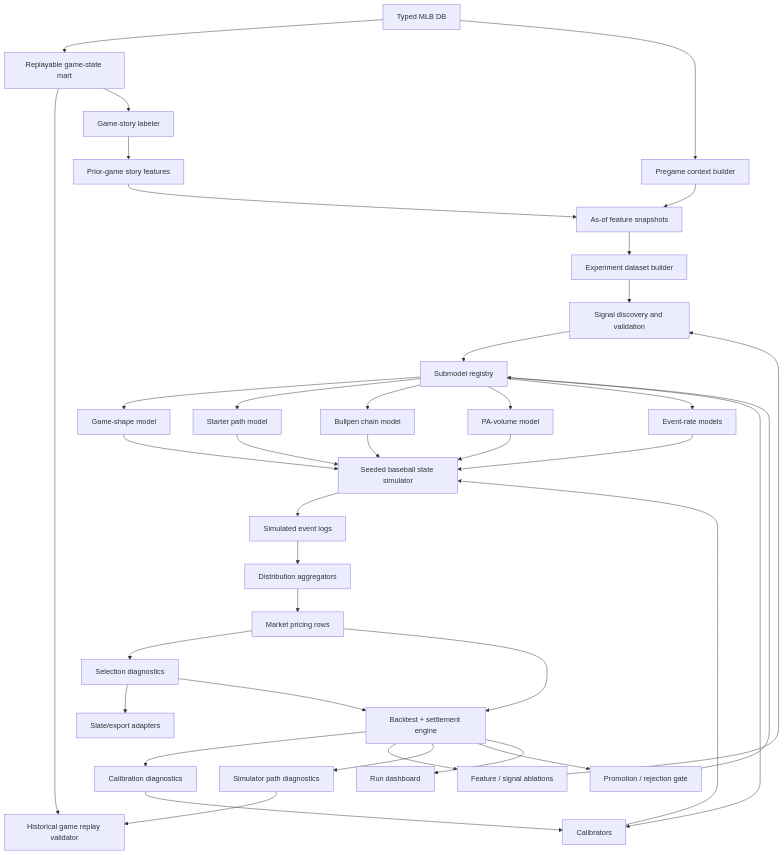
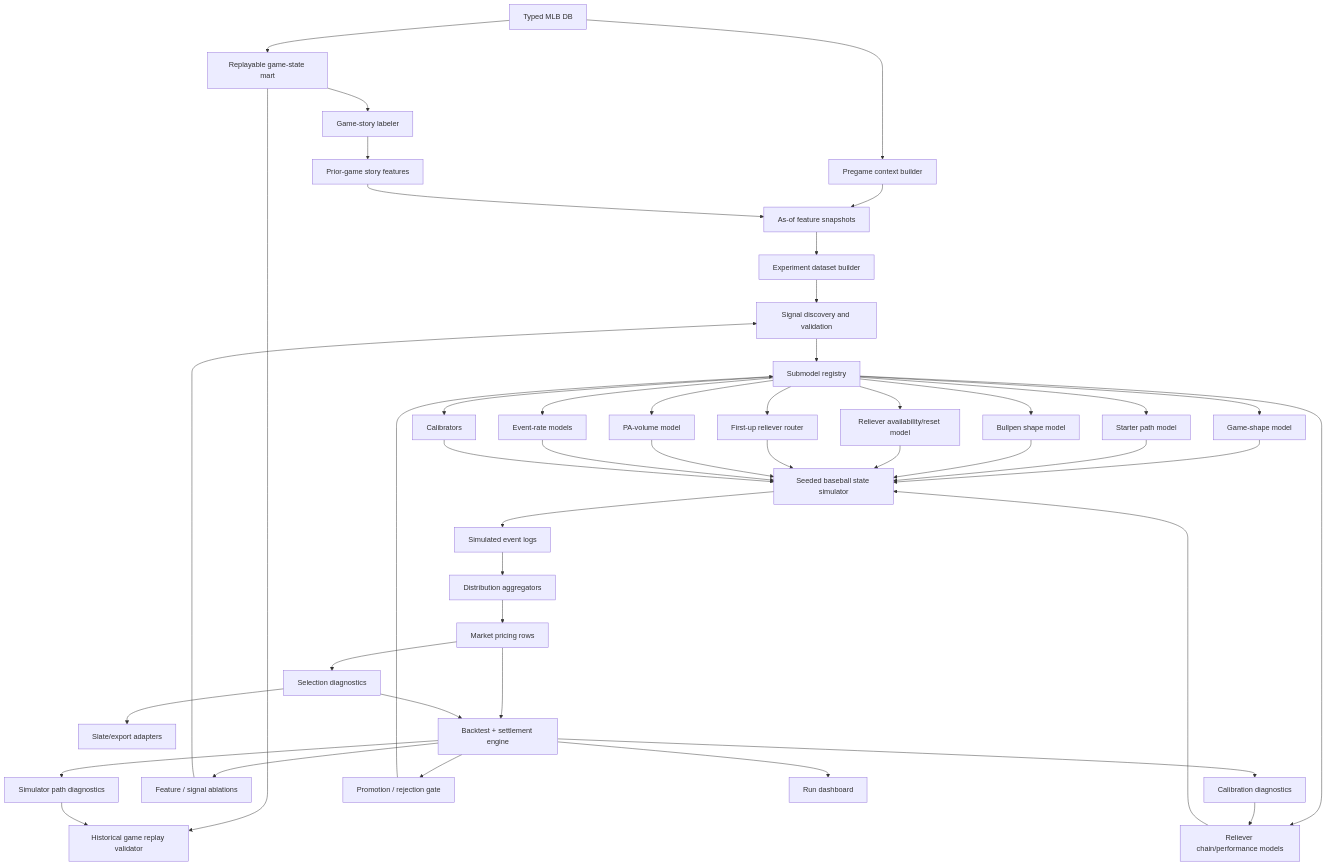
One commit to jiancchen/SlateAi changed the first of 3 diagrams in research-m3/alpha-design.md. Above: the diagram before and after it, drawn with Mermaid. The commit also changed other lines of this file and 3 other files, not shown here.

````diff
--- a/research-m3/alpha-design.md
+++ b/research-m3/alpha-design.md
@@ -49,48 +52,54 @@
 ```mermaid
 flowchart TD
   A["Typed MLB DB"] --> B["Replayable game-state mart"]
   B --> C["Historical game replay validator"]
   B --> D["Game-story labeler"]
 
   A --> E["Pregame context builder"]
   D --> F["Prior-game story features"]
   E --> G["As-of feature snapshots"]
   F --> G
 
   G --> H["Experiment dataset builder"]
   H --> I["Signal discovery and validation"]
 
   I --> J["Submodel registry"]
   J --> K["Game-shape model"]
   J --> L["Starter path model"]
-  J --> M["Bullpen chain model"]
-  J --> N["PA-volume model"]
-  J --> O["Event-rate models"]
-  J --> P["Calibrators"]
+  J --> M["Bullpen shape model"]
+  J --> N["Reliever availability/reset model"]
+  J --> O["First-up reliever router"]
+  J --> P["Reliever chain/performance models"]
+  J --> R0["PA-volume model"]
+  J --> R1["Event-rate models"]
+  J --> R2["Calibrators"]
 
   K --> Q["Seeded baseball state simulator"]
   L --> Q
   M --> Q
   N --> Q
   O --> Q
   P --> Q
+  R0 --> Q
+  R1 --> Q
+  R2 --> Q
 
   Q --> R["Simulated event logs"]
   R --> S["Distribution aggregators"]
   S --> T["Market pricing rows"]
   T --> U["Selection diagnostics"]
   U --> V["Slate/export adapters"]
 
   T --> W["Backtest + settlement engine"]
   U --> W
   W --> X["Calibration diagnostics"]
   W --> Y["Feature / signal ablations"]
   W --> Z["Simulator path diagnostics"]
   W --> AA["Promotion / rejection gate"]
   W --> AB["Run dashboard"]
 
   X --> P
   Y --> I
   Z --> C
   AA --> J
 ```
````
